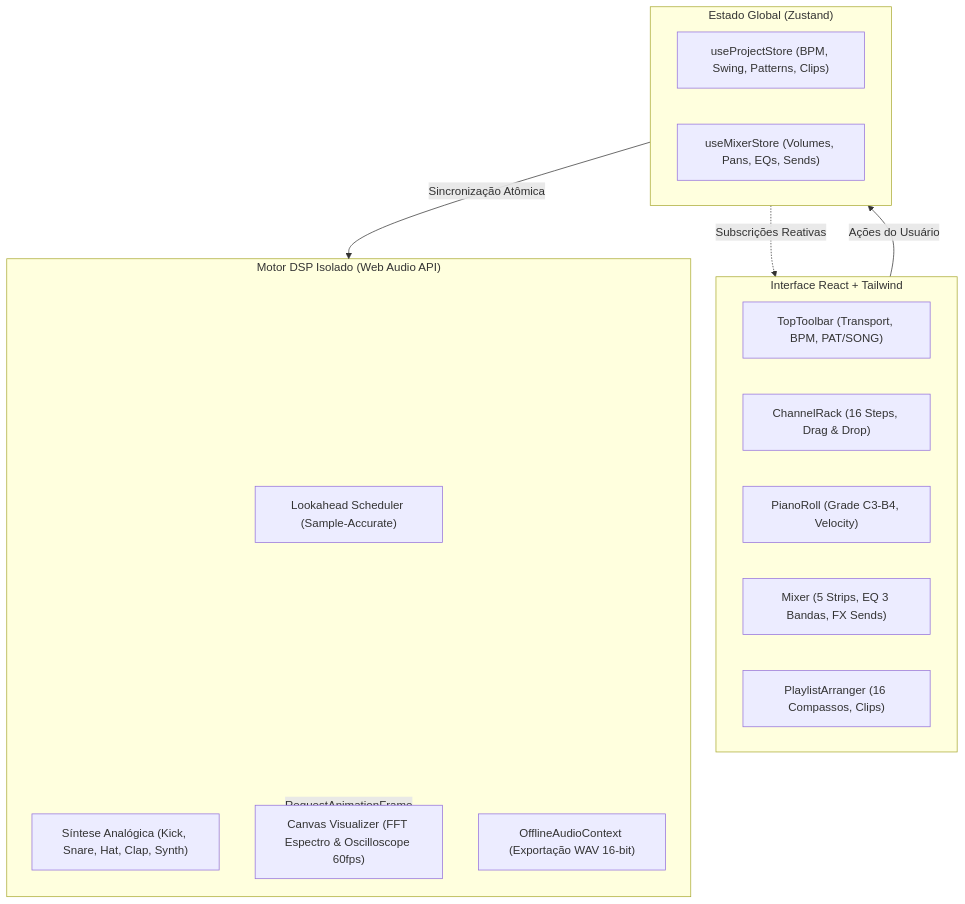
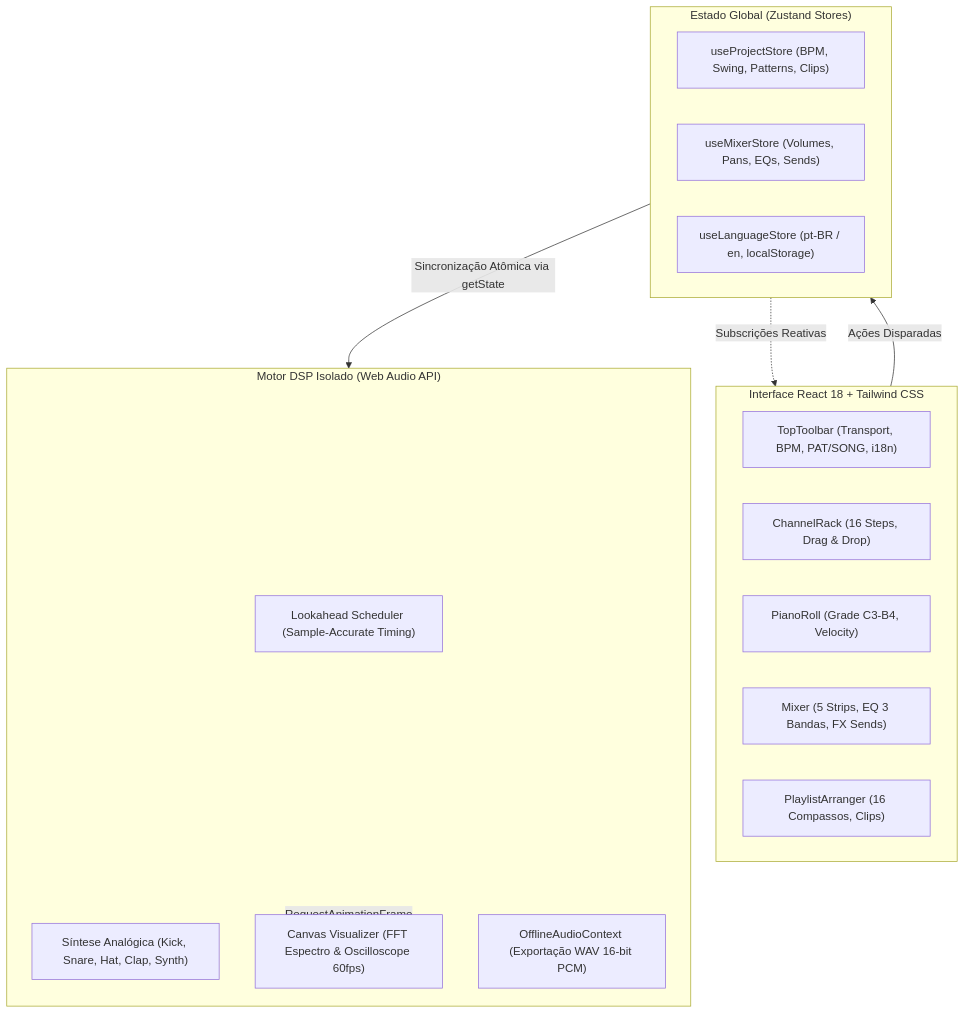
Before and after one commit to jhcarboni/musicx-studio: the diagram in README.md, drawn with Mermaid. The commit also changed other lines of this file and 1 other file, not shown here.

````diff
--- a/README.md
+++ b/README.md
@@ -17,27 +17,28 @@
 ```mermaid
 graph TD
-    subgraph UI ["Interface React + Tailwind"]
-        TopBar["TopToolbar (Transport, BPM, PAT/SONG)"]
+    subgraph UI ["Interface React 18 + Tailwind CSS"]
+        TopBar["TopToolbar (Transport, BPM, PAT/SONG, i18n)"]
         Rack["ChannelRack (16 Steps, Drag & Drop)"]
         PR["PianoRoll (Grade C3-B4, Velocity)"]
         MixerUI["Mixer (5 Strips, EQ 3 Bandas, FX Sends)"]
         PlaylistUI["PlaylistArranger (16 Compassos, Clips)"]
     end
 
-    subgraph State ["Estado Global (Zustand)"]
+    subgraph State ["Estado Global (Zustand Stores)"]
         useProjectStore["useProjectStore (BPM, Swing, Patterns, Clips)"]
         useMixerStore["useMixerStore (Volumes, Pans, EQs, Sends)"]
+        useLanguageStore["useLanguageStore (pt-BR / en, localStorage)"]
     end
 
     subgraph Engine ["Motor DSP Isolado (Web Audio API)"]
-        Scheduler["Lookahead Scheduler (Sample-Accurate)"]
+        Scheduler["Lookahead Scheduler (Sample-Accurate Timing)"]
         Synths["Síntese Analógica (Kick, Snare, Hat, Clap, Synth)"]
         Visualizer["Canvas Visualizer (FFT Espectro & Oscilloscope 60fps)"]
-        OfflineRender["OfflineAudioContext (Exportação WAV 16-bit)"]
+        OfflineRender["OfflineAudioContext (Exportação WAV 16-bit PCM)"]
     end
 
-    UI -->|Ações do Usuário| State
+    UI -->|Ações Disparadas| State
     State -.->|Subscrições Reativas| UI
-    State -->|Sincronização Atômica| Engine
+    State -->|Sincronização Atômica via getState| Engine
     Engine -->|RequestAnimationFrame| Visualizer
 ```
````
